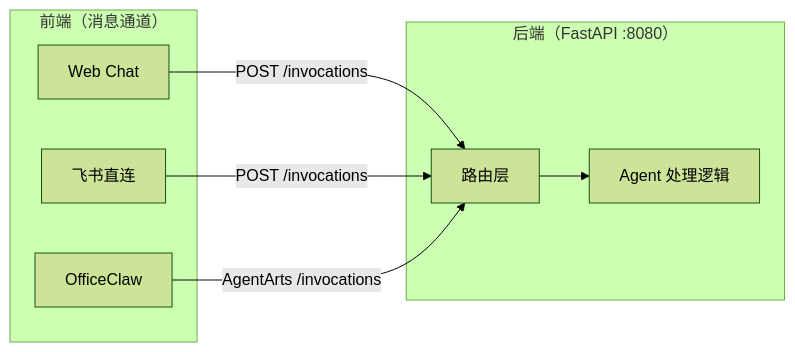
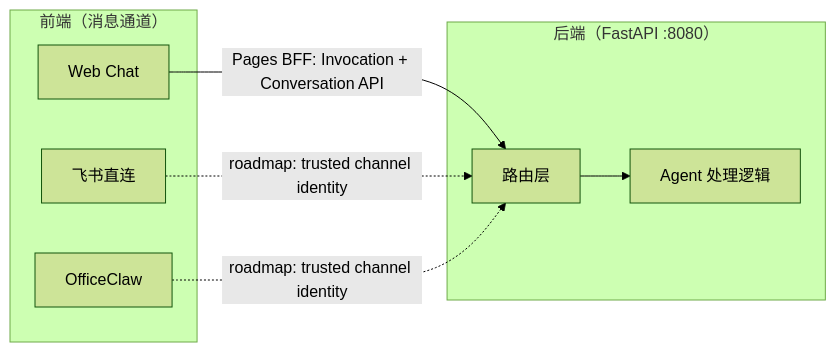
The second of 7 diagrams in personal-assistant-meta/architecture/overall_architecture.md (T-1009/personal-assistant), drawn with Mermaid (forest theme) before and after one commit. The commit also changed other lines of this file and 105 other files, not shown here.

First line of the commit message:
feat: implement multi-session runtime pre-warm with session cookies, conversation API, and sidebar UI

````diff
--- a/personal-assistant-meta/architecture/overall_architecture.md
+++ b/personal-assistant-meta/architecture/overall_architecture.md
@@ -98,18 +102,18 @@
 ```mermaid
 flowchart LR
     subgraph Frontends["前端（消息通道）"]
         WebChat["Web Chat"]
         Feishu["飞书直连"]
         OC["OfficeClaw"]
     end
 
     subgraph Backend["后端（FastAPI :8080）"]
         Routes["路由层"]
         Handler["Agent 处理逻辑"]
     end
 
-    WebChat -->|"POST /invocations"| Routes
-    Feishu -->|"POST /invocations"| Routes
-    OC -->|"AgentArts /invocations"| Routes
+    WebChat -->|"Pages BFF: Invocation + Conversation API"| Routes
+    Feishu -. "roadmap: trusted channel identity" .-> Routes
+    OC -. "roadmap: trusted channel identity" .-> Routes
     Routes --> Handler
 ```
````
